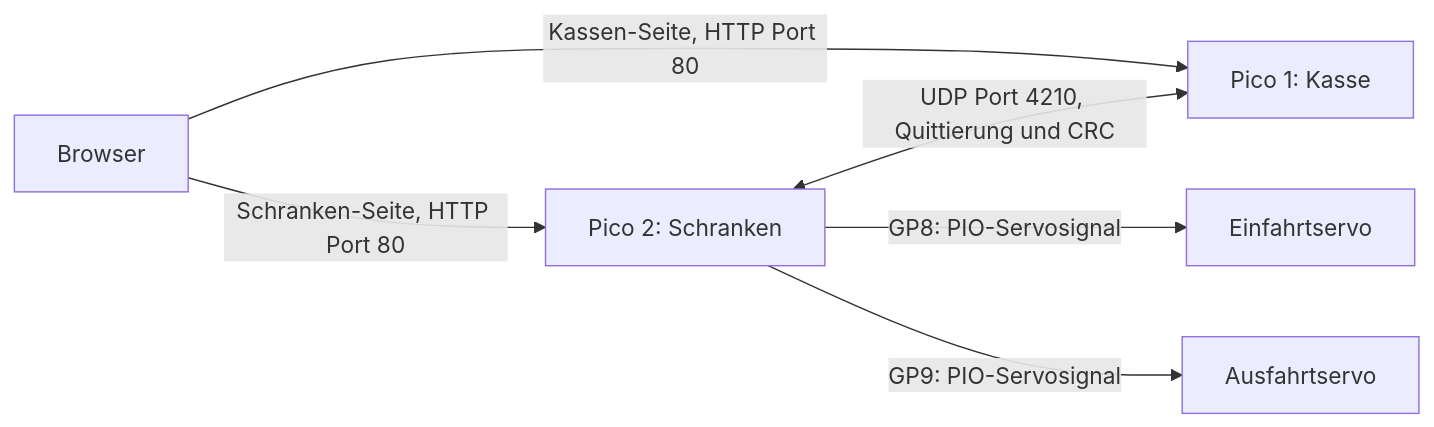
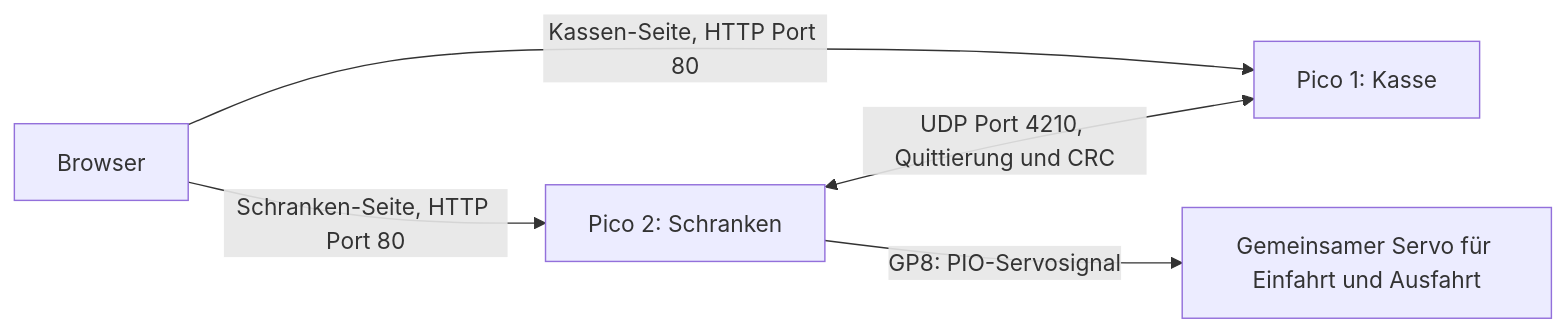
Before and after one commit to xq0n/M450-Parksystem-Projekt: the diagram in docs/ARCHITEKTUR.md, drawn with Mermaid. The commit also changed other lines of this file and 12 other files, not shown here.

````diff
--- a/docs/ARCHITEKTUR.md
+++ b/docs/ARCHITEKTUR.md
@@ -12,8 +12,7 @@
 ```mermaid
 flowchart LR
   B[Browser] -->|Kassen-Seite, HTTP Port 80| P1[Pico 1: Kasse]
   B -->|Schranken-Seite, HTTP Port 80| P2[Pico 2: Schranken]
   P2 <-->|UDP Port 4210, Quittierung und CRC| P1
-  P2 -->|GP8: PIO-Servosignal| E[Einfahrtservo]
-  P2 -->|GP9: PIO-Servosignal| X[Ausfahrtservo]
+  P2 -->|GP8: PIO-Servosignal| E[Gemeinsamer Servo für Einfahrt und Ausfahrt]
 ```
````
